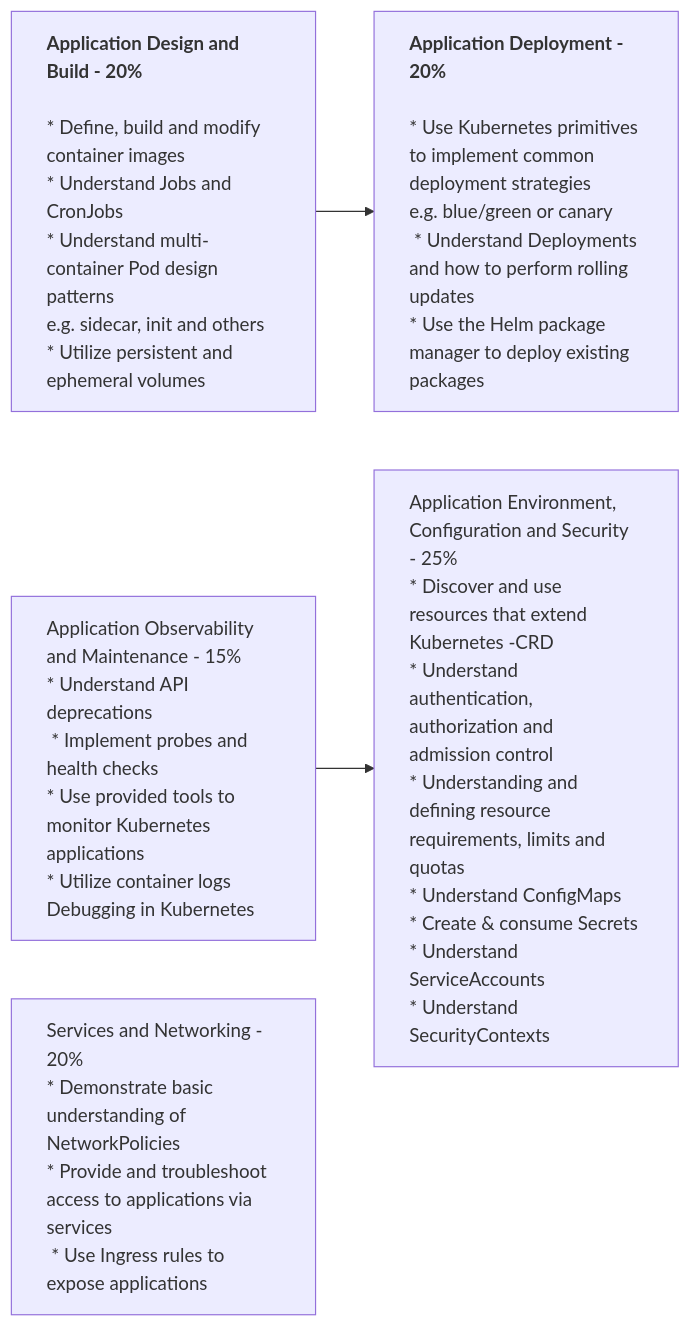
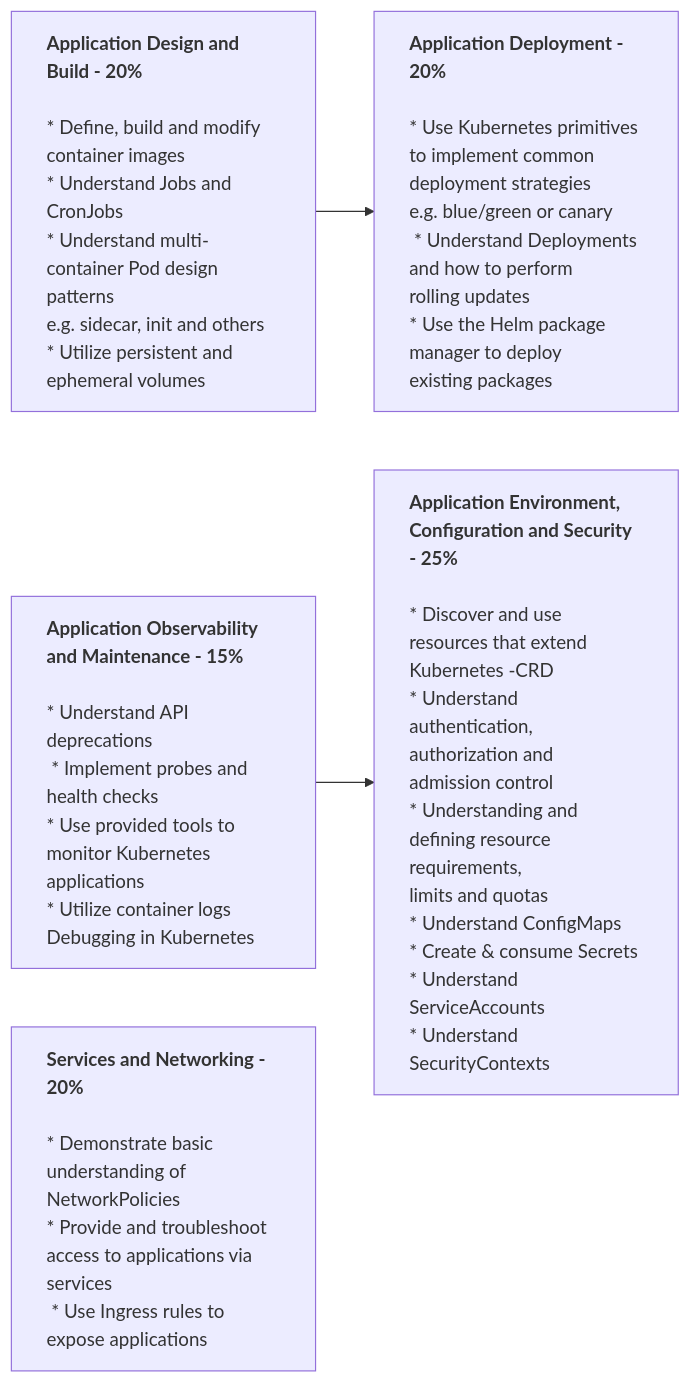
One commit to edithturn/CKAD-training changed the diagram in README.md. Above: the diagram before and after it, drawn with Mermaid.

Commit message:
domain part II

````diff
--- a/README.md
+++ b/README.md
@@ -13,15 +13,15 @@
 ```mermaid
 flowchart LR
 A[<strong>Application Design and Build - 20%<br /></strong><br />* Define, build and modify container images<br />* Understand Jobs and CronJobs<br />* Understand multi-container Pod design patterns <br />e.g. sidecar, init and others<br />* Utilize persistent and ephemeral volumes] --> B
 style A text-align:left
 
-B[<strong>Application Deployment - 20%<br /></strong><br />* Use Kubernetes primitives to implement common <br />deployment strategies <br />e.g. blue/green or canary<br /> * Understand Deployments and how to perform rolling updates<br />* Use the Helm package manager to deploy existing packages]
+B[<strong>Application Deployment - 20%<br /></strong><br />* Use Kubernetes primitives to implement common <br />deployment strategies <br />e.g. blue/green or canary<br /> * Understand Deployments and how to perform <br />rolling updates<br />* Use the Helm package manager to deploy <br />existing packages]
 style B text-align:left
 
-C[Application Observability and Maintenance - 15%<br />* Understand API deprecations<br /> * Implement probes and health checks<br />* Use provided tools to monitor Kubernetes applications<br />* Utilize container logs Debugging in Kubernetes] --> D
+C[<strong>Application Observability and Maintenance - 15%<br /></strong><br />* Understand API deprecations<br /> * Implement probes and health checks<br />* Use provided tools to monitor Kubernetes applications<br />* Utilize container logs Debugging in Kubernetes] --> D
 style C text-align:left
-D[Application Environment, Configuration and Security - 25%<br />* Discover and use resources that extend Kubernetes -CRD<br />* Understand authentication, authorization and admission control<br />* Understanding and defining resource requirements, limits and quotas<br />* Understand ConfigMaps<br />* Create & consume Secrets<br />* Understand ServiceAccounts<br />* Understand SecurityContexts]
+D[<strong>Application Environment, Configuration and Security - 25%<br /></strong><br />* Discover and use resources that extend Kubernetes -CRD<br />* Understand authentication, authorization and admission control<br />* Understanding and defining resource requirements, <br />limits and quotas<br />* Understand ConfigMaps<br />* Create & consume Secrets<br />* Understand ServiceAccounts<br />* Understand SecurityContexts]
 style D text-align:left
-E[Services and Networking - 20%<br />* Demonstrate basic understanding of NetworkPolicies<br />* Provide and troubleshoot access to applications via services<br /> * Use Ingress rules to expose applications]
+E[<strong>Services and Networking - 20%<br /></strong><br />* Demonstrate basic understanding of NetworkPolicies<br />* Provide and troubleshoot access to applications via services<br /> * Use Ingress rules to expose applications]
 style E text-align:left
 ```
````
